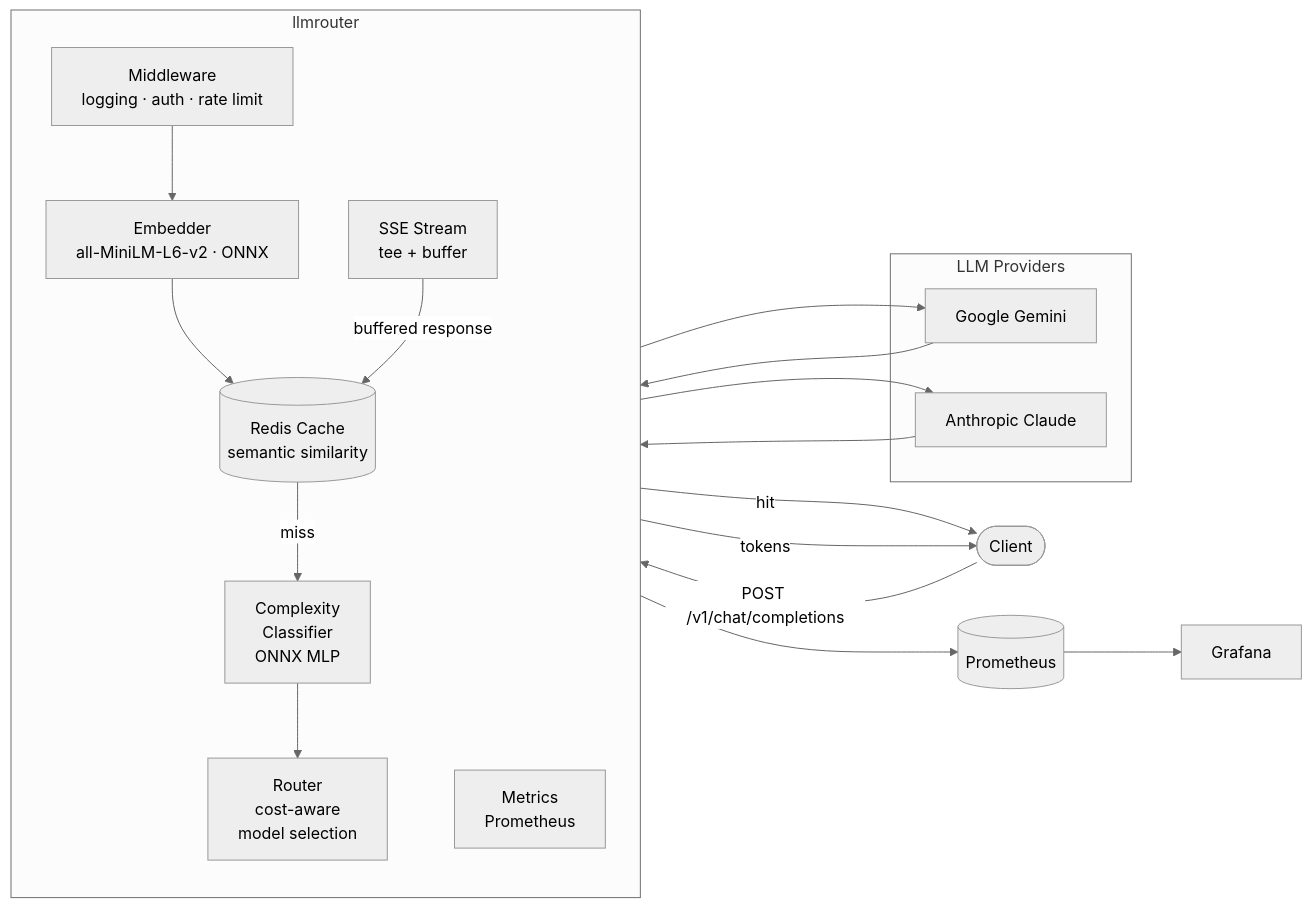
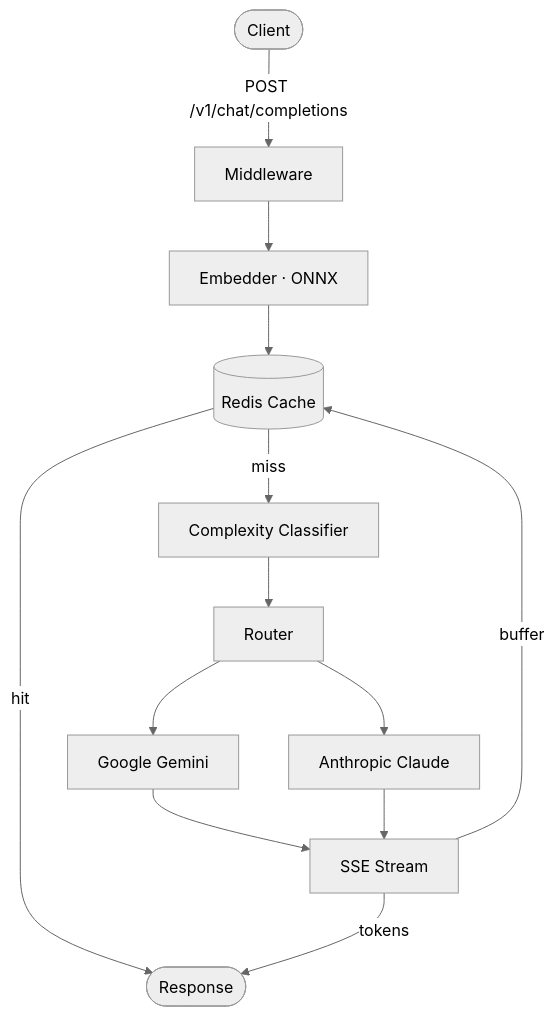
The diagram in README.md (Howard-nolan/llmrouter), drawn with Mermaid (neutral theme) before and after one commit.

Commit message:
Simplify architecture diagram and switch to vertical layout
Makes the diagram taller and easier to read by using top-down flow
and shorter labels.

````diff
--- a/README.md
+++ b/README.md
@@ -17,40 +17,15 @@
 ```mermaid
-flowchart LR
-    Client([Client])
-
-    subgraph Gateway["llmrouter"]
-        direction TB
-        Middleware[Middleware\nlogging · auth · rate limit]
-        Embedder[Embedder\nall-MiniLM-L6-v2 · ONNX]
-        Cache[(Redis Cache\nsemantic similarity)]
-        Classifier[Complexity\nClassifier\nONNX MLP]
-        Router[Router\ncost-aware\nmodel selection]
-        Stream[SSE Stream\ntee + buffer]
-        Metrics[Metrics\nPrometheus]
-    end
-
-    subgraph Providers["LLM Providers"]
-        Gemini[Google Gemini]
-        Claude[Anthropic Claude]
-    end
-
-    Prometheus[(Prometheus)]
-    Grafana[Grafana]
-
-    Client -->|POST /v1/chat/completions| Middleware
-    Middleware --> Embedder
-    Embedder --> Cache
-
-    Cache -->|hit| Client
+flowchart TD
+    Client([Client]) -->|POST /v1/chat/completions| Middleware
+    Middleware[Middleware] --> Embedder
+    Embedder[Embedder · ONNX] --> Cache
+    Cache[(Redis Cache)] -->|hit| Response
     Cache -->|miss| Classifier
-    Classifier --> Router
-    Router --> Gemini
-    Router --> Claude
-    Gemini --> Stream
+    Classifier[Complexity Classifier] --> Router
+    Router[Router] --> Gemini[Google Gemini]
+    Router --> Claude[Anthropic Claude]
+    Gemini --> Stream[SSE Stream]
     Claude --> Stream
-    Stream -->|tokens| Client
-    Stream -->|buffered response| Cache
-
-    Metrics --> Prometheus
-    Prometheus --> Grafana
+    Stream -->|tokens| Response([Response])
+    Stream -->|buffer| Cache
 ```
````
